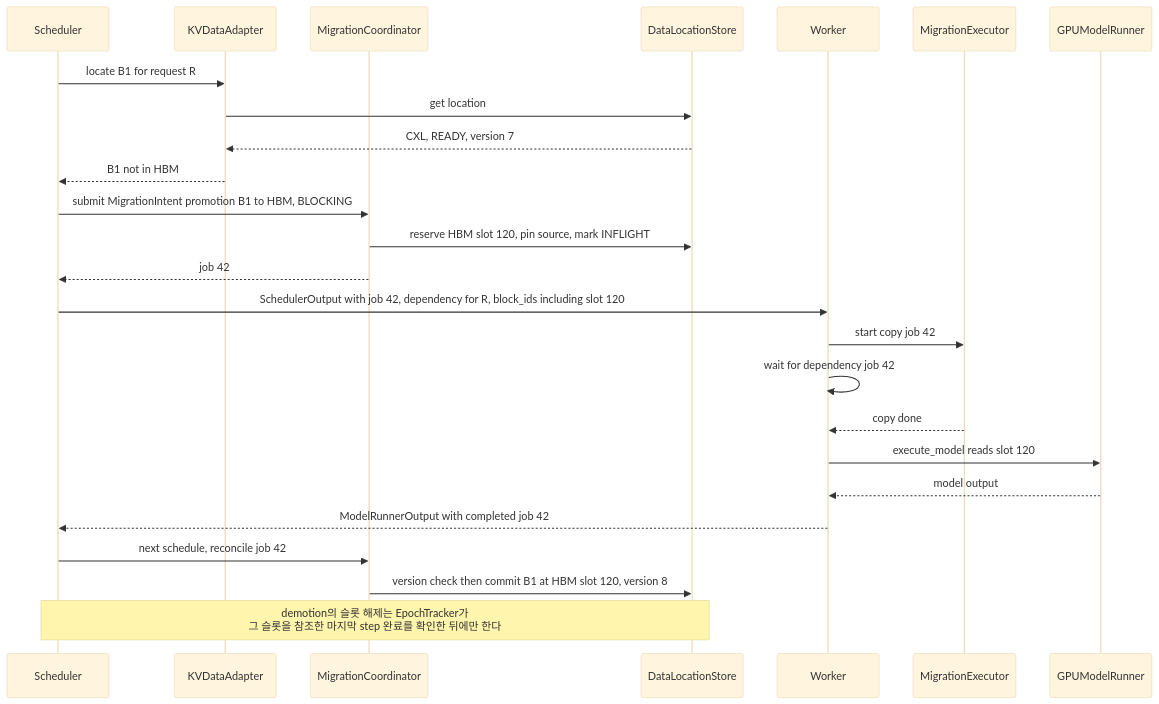
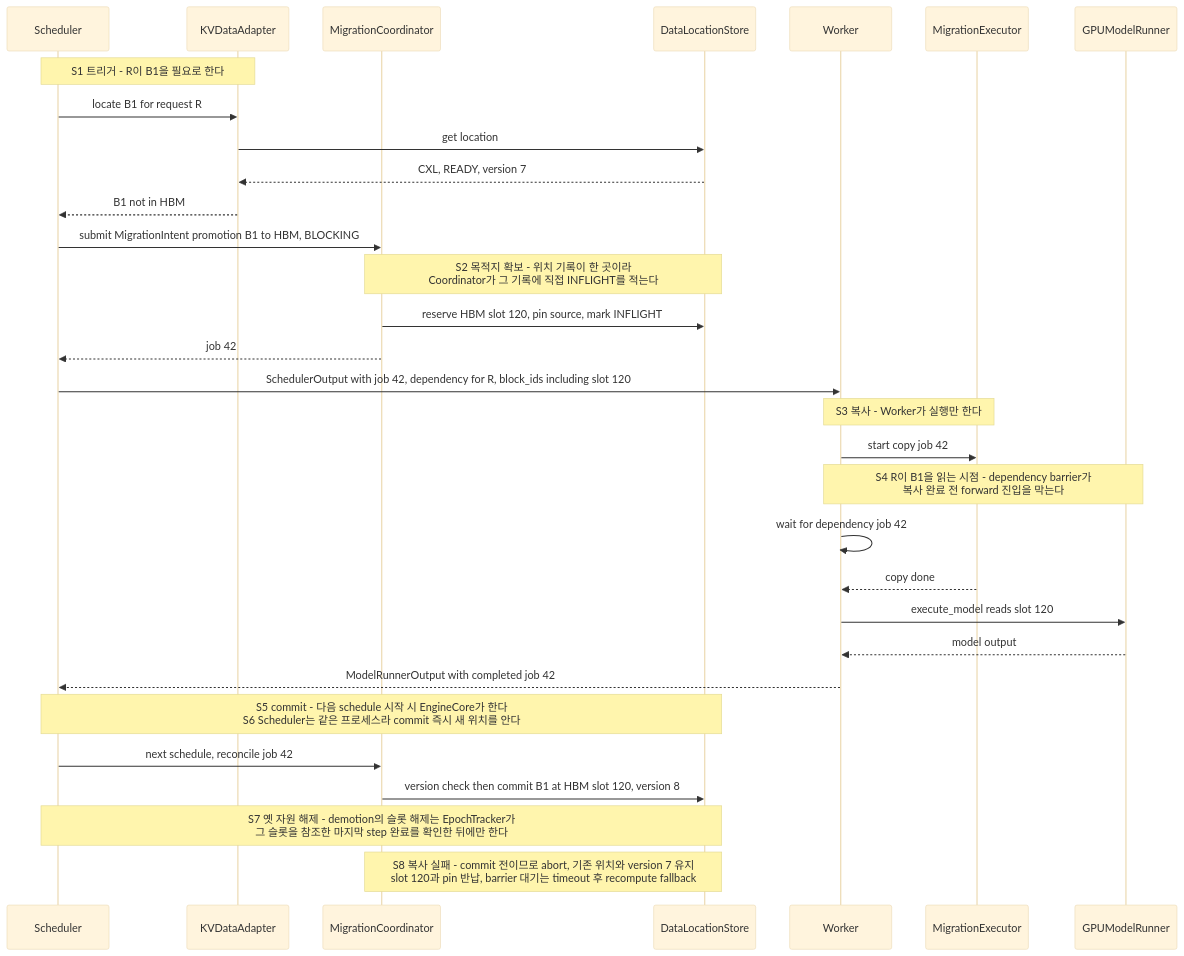
One commit to mkim0628/vllm changed the fourth of 6 diagrams in doc-mk/DP5/dp5-migration-execution-location-consistent-access.md. Above: the diagram before and after it, drawn with Mermaid (base theme). The commit also changed other lines of this file, not shown here.

````diff
--- a/doc-mk/DP5/dp5-migration-execution-location-consistent-access.md
+++ b/doc-mk/DP5/dp5-migration-execution-location-consistent-access.md
@@ -220,28 +277,34 @@
 ```mermaid
 sequenceDiagram
     participant S as Scheduler
     participant KV as KVDataAdapter
     participant MC as MigrationCoordinator
     participant LS as DataLocationStore
     participant W as Worker
     participant EX as MigrationExecutor
     participant MR as GPUModelRunner
 
+    Note over S,KV: S1 트리거 - R이 B1을 필요로 한다
     S->>KV: locate B1 for request R
     KV->>LS: get location
     LS-->>KV: CXL, READY, version 7
     KV-->>S: B1 not in HBM
     S->>MC: submit MigrationIntent promotion B1 to HBM, BLOCKING
+    Note over MC,LS: S2 목적지 확보 - 위치 기록이 한 곳이라<br/>Coordinator가 그 기록에 직접 INFLIGHT를 적는다
     MC->>LS: reserve HBM slot 120, pin source, mark INFLIGHT
     MC-->>S: job 42
     S->>W: SchedulerOutput with job 42, dependency for R, block_ids including slot 120
+    Note over W,EX: S3 복사 - Worker가 실행만 한다
     W->>EX: start copy job 42
+    Note over W,MR: S4 R이 B1을 읽는 시점 - dependency barrier가<br/>복사 완료 전 forward 진입을 막는다
     W->>W: wait for dependency job 42
     EX-->>W: copy done
     W->>MR: execute_model reads slot 120
     MR-->>W: model output
     W-->>S: ModelRunnerOutput with completed job 42
+    Note over S,LS: S5 commit - 다음 schedule 시작 시 EngineCore가 한다<br/>S6 Scheduler는 같은 프로세스라 commit 즉시 새 위치를 안다
     S->>MC: next schedule, reconcile job 42
     MC->>LS: version check then commit B1 at HBM slot 120, version 8
-    Note over S,LS: demotion의 슬롯 해제는 EpochTracker가<br/>그 슬롯을 참조한 마지막 step 완료를 확인한 뒤에만 한다
+    Note over S,LS: S7 옛 자원 해제 - demotion의 슬롯 해제는 EpochTracker가<br/>그 슬롯을 참조한 마지막 step 완료를 확인한 뒤에만 한다
+    Note over MC,LS: S8 복사 실패 - commit 전이므로 abort, 기존 위치와 version 7 유지<br/>slot 120과 pin 반납, barrier 대기는 timeout 후 recompute fallback
 ```
````
